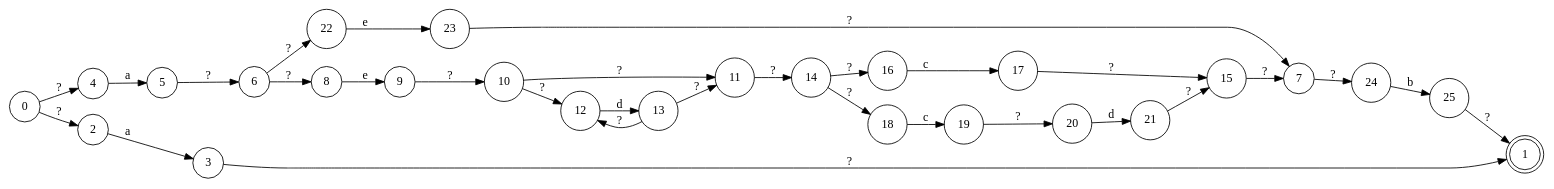
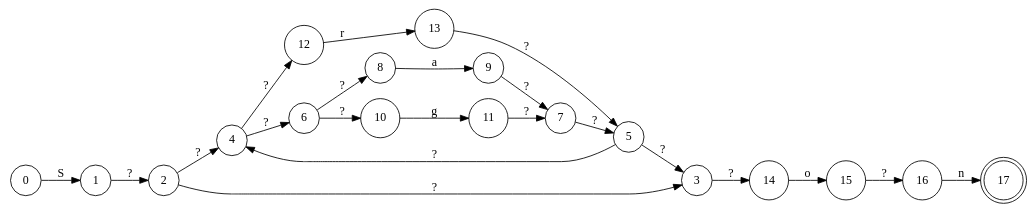
The diagram in ndfa.dot (Yanis540/M2), drawn with Graphviz before and after one commit. The commit also changed 3 other files, not shown here.

```diff
--- a/ndfa.dot
+++ b/ndfa.dot
@@ -1,35 +1,26 @@
 digraph NDFA {
   rankdir=LR;
   node [shape = circle];
-  4 -> 5 [label="a"];
-  22 -> 23 [label="e"];
-  24 -> 25 [label="b"];
-  23 -> 7 [label="?"];
-  11 -> 14 [label="?"];
-  21 -> 15 [label="?"];
-  9 -> 10 [label="?"];
-  12 -> 13 [label="d"];
-  25 -> 1 [label="?"];
-  8 -> 9 [label="e"];
-  3 -> 1 [label="?"];
-  16 -> 17 [label="c"];
-  18 -> 19 [label="c"];
-  10 -> 12 [label="?"];
-  10 -> 11 [label="?"];
+  1 -> 2 [label="?"];
+  4 -> 12 [label="?"];
+  4 -> 6 [label="?"];
+  14 -> 15 [label="o"];
+  5 -> 4 [label="?"];
+  5 -> 3 [label="?"];
+  11 -> 7 [label="?"];
+  17 [shape = doublecircle];
+  7 -> 5 [label="?"];
+  9 -> 7 [label="?"];
+  12 -> 13 [label="r"];
+  8 -> 9 [label="a"];
+  0 -> 1 [label="S"];
+  15 -> 16 [label="?"];
+  2 -> 4 [label="?"];
+  2 -> 3 [label="?"];
+  13 -> 5 [label="?"];
+  16 -> 17 [label="n"];
+  3 -> 14 [label="?"];
+  10 -> 11 [label="g"];
   6 -> 8 [label="?"];
-  6 -> 22 [label="?"];
-  1 [shape = doublecircle];
-  2 -> 3 [label="a"];
-  20 -> 21 [label="d"];
-  14 -> 16 [label="?"];
-  14 -> 18 [label="?"];
-  5 -> 6 [label="?"];
-  19 -> 20 [label="?"];
-  17 -> 15 [label="?"];
-  7 -> 24 [label="?"];
-  0 -> 2 [label="?"];
-  0 -> 4 [label="?"];
-  15 -> 7 [label="?"];
-  13 -> 12 [label="?"];
-  13 -> 11 [label="?"];
+  6 -> 10 [label="?"];
 }
```
